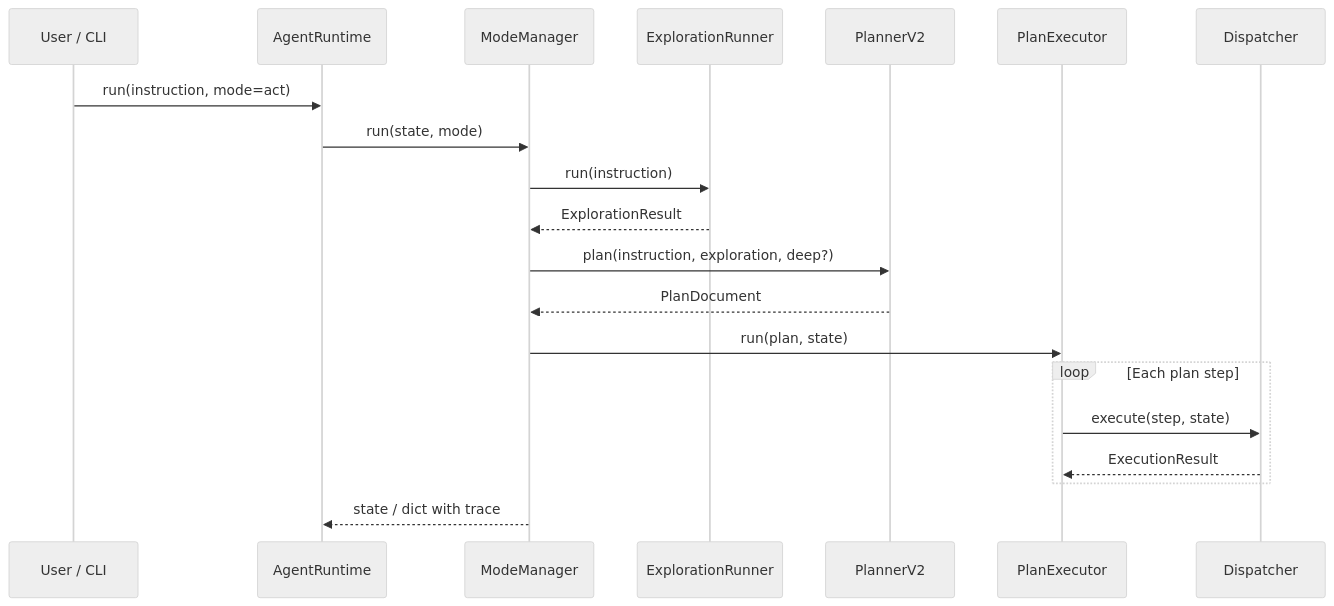
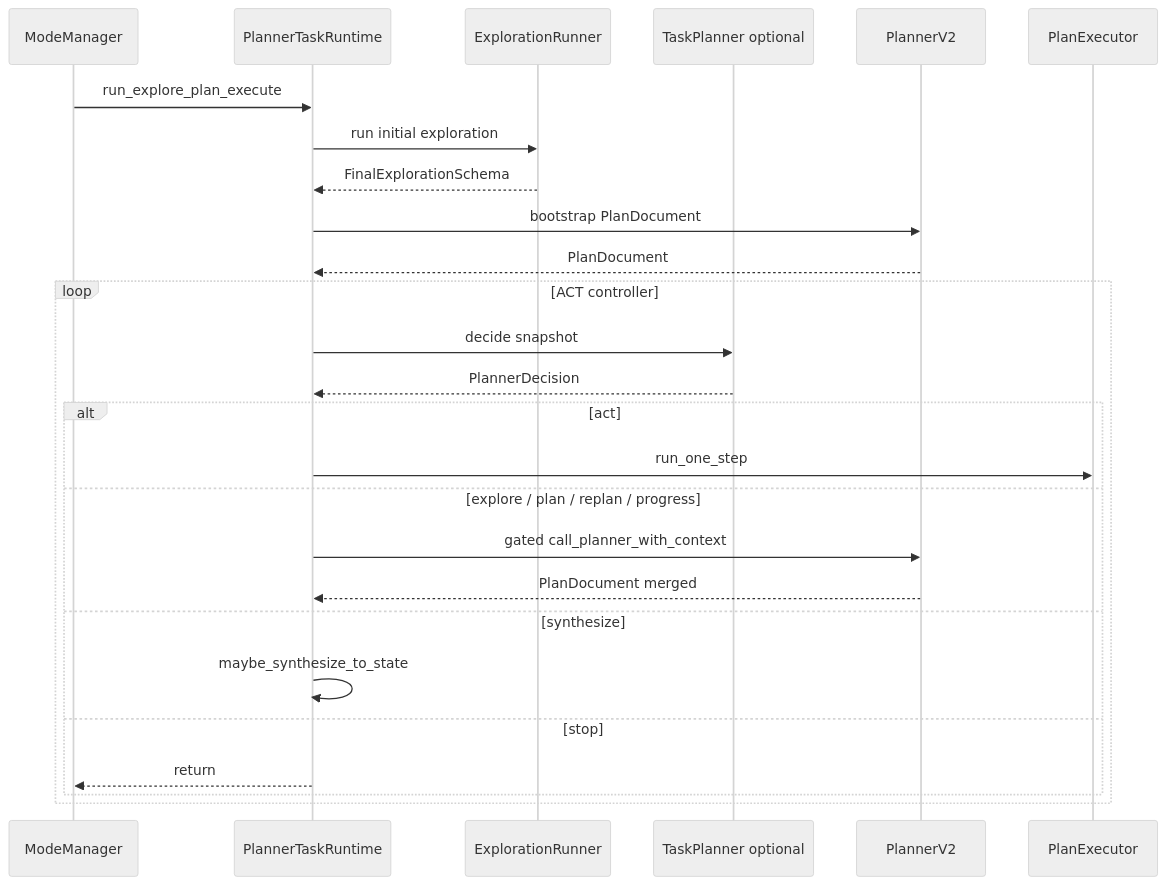
Before and after one commit to Pugsy-Explores/AutoStudio: the second of 3 diagrams in README.md, drawn with Mermaid (neutral theme). The commit also changed other lines of this file and 7 other files, not shown here.

First line of the commit message:
docs: AgentV2 control plane, root README, architecture freeze notes

````diff
--- a/README.md
+++ b/README.md
@@ -258,22 +281,28 @@
 ```mermaid
 sequenceDiagram
-    participant U as User / CLI
-    participant AR as AgentRuntime
-    participant MM as ModeManager
-    participant ER as ExplorationRunner
-    participant P as PlannerV2
-    participant PE as PlanExecutor
-    participant D as Dispatcher
-    U->>AR: run(instruction, mode=act)
-    AR->>MM: run(state, mode)
-    MM->>ER: run(instruction)
-    ER-->>MM: ExplorationResult
-    MM->>P: plan(instruction, exploration, deep?)
-    P-->>MM: PlanDocument
-    MM->>PE: run(plan, state)
-    loop Each plan step
-        PE->>D: execute(step, state)
-        D-->>PE: ExecutionResult
+  participant MM as ModeManager
+  participant PTR as PlannerTaskRuntime
+  participant ER as ExplorationRunner
+  participant TP as TaskPlanner optional
+  participant PV2 as PlannerV2
+  participant PE as PlanExecutor
+  MM->>PTR: run_explore_plan_execute
+  PTR->>ER: run initial exploration
+  ER-->>PTR: FinalExplorationSchema
+  PTR->>PV2: bootstrap PlanDocument
+  PV2-->>PTR: PlanDocument
+  loop ACT controller
+    PTR->>TP: decide snapshot
+    TP-->>PTR: PlannerDecision
+    alt act
+      PTR->>PE: run_one_step
+    else explore / plan / replan / progress
+      PTR->>PV2: gated call_planner_with_context
+      PV2-->>PTR: PlanDocument merged
+    else synthesize
+      PTR->>PTR: maybe_synthesize_to_state
+    else stop
+      PTR-->>MM: return
     end
-    MM-->>AR: state / dict with trace
+  end
 ```
````
